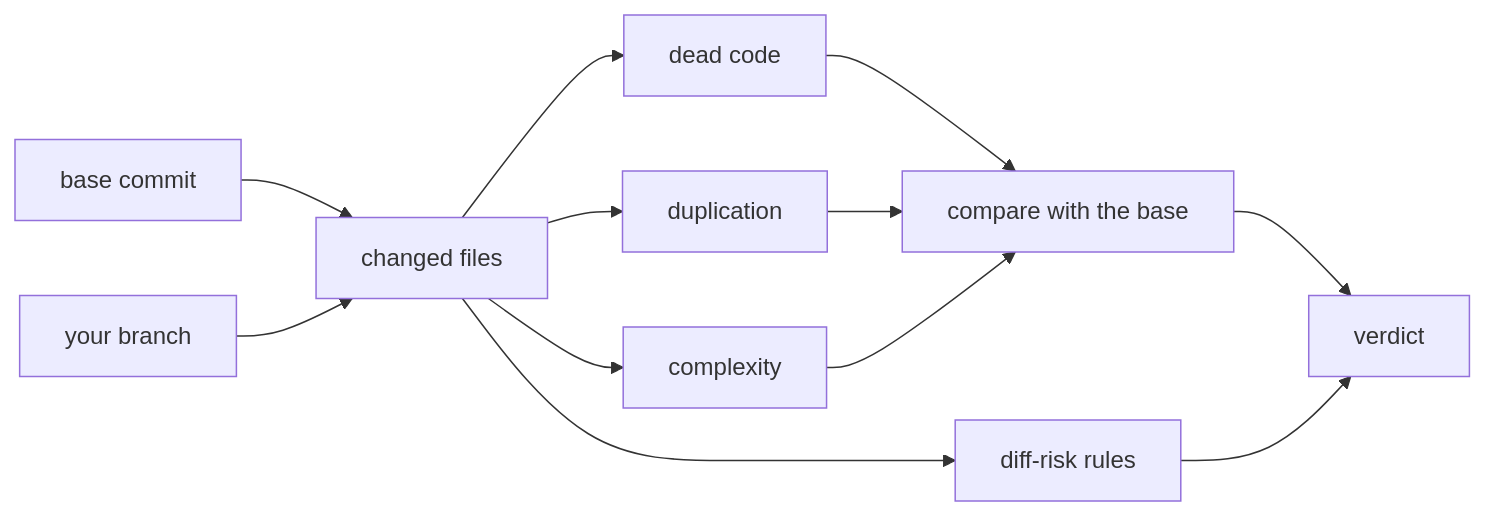
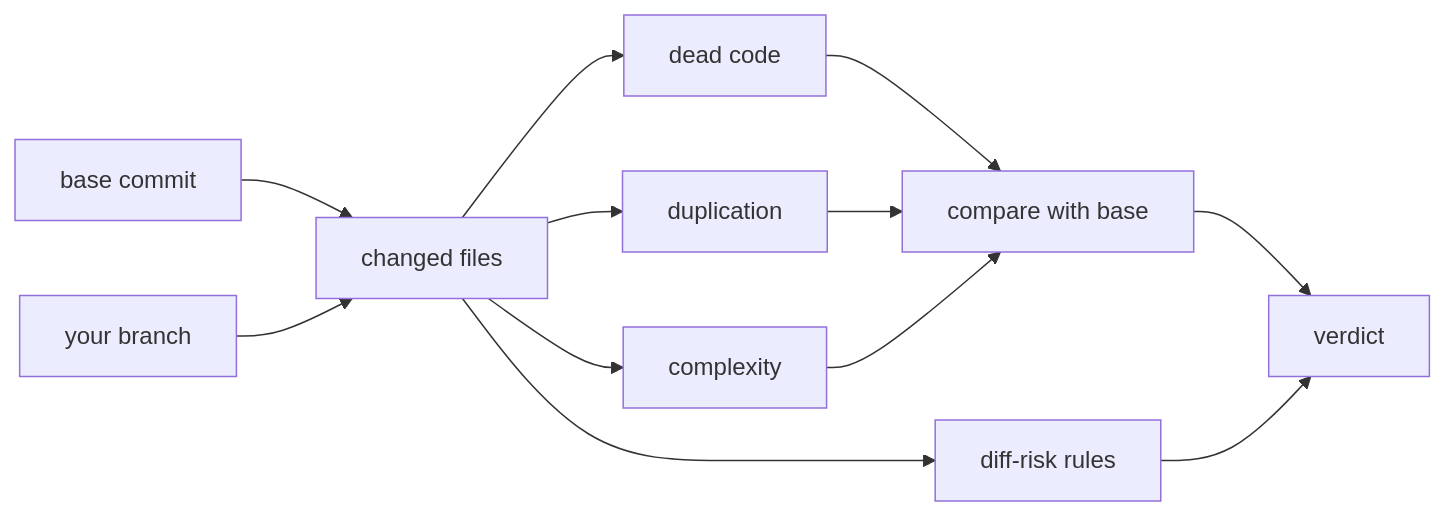
One commit to fallow-rs/docs changed the diagram in analysis/changed-code.mdx. Above: the diagram before and after it, drawn with Mermaid. The commit also changed 12 other files, not shown here.

First line of the commit message:
docs: draw the diagrams so that the site renders each label

````diff
--- a/analysis/changed-code.mdx
+++ b/analysis/changed-code.mdx
@@ -70,14 +70,23 @@
 ```mermaid
 flowchart LR
-  base["base commit"] --> files["changed files"]
-  head["your branch"] --> files
-  files --> dead["dead code"]
-  files --> dup["duplication"]
-  files --> cx["complexity"]
-  files --> risk["diff-risk rules"]
-  dead --> cmp["compare with the base"]
+  base["base commit"]
+  head["your branch"]
+  files["changed files"]
+  dead["dead code"]
+  dup["duplication"]
+  cx["complexity"]
+  risk["diff-risk rules"]
+  cmp["compare with base"]
+  verdict["verdict"]
+  base --> files
+  head --> files
+  files --> dead
+  files --> dup
+  files --> cx
+  files --> risk
+  dead --> cmp
   dup --> cmp
   cx --> cmp
-  cmp --> verdict["verdict"]
+  cmp --> verdict
   risk --> verdict
 ```
````
